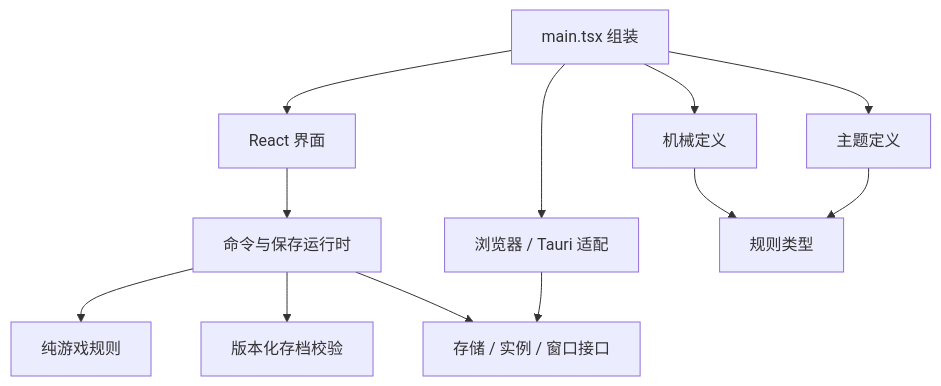
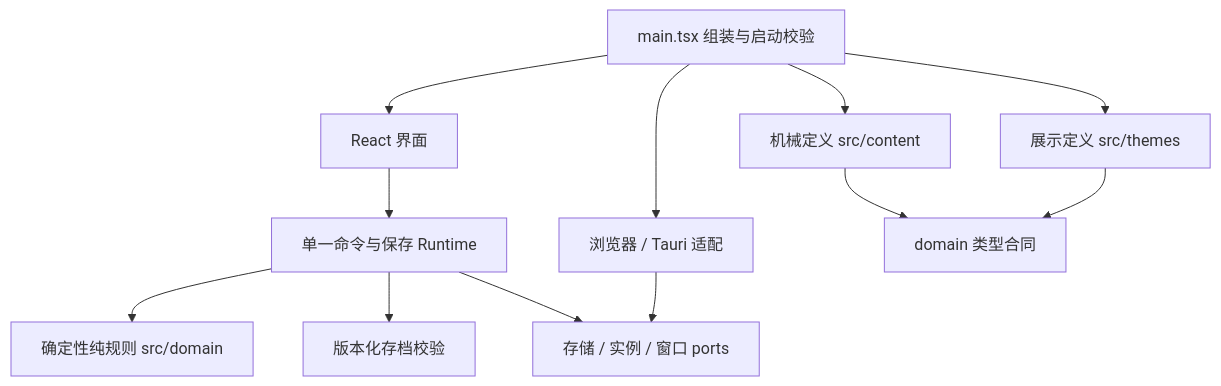
One commit to xuxiaoyu233/game changed the first of 2 diagrams in docs/架构说明.md. Above: the diagram before and after it, drawn with Mermaid. The commit also changed other lines of this file and 16 other files, not shown here.

````diff
--- a/docs/架构说明.md
+++ b/docs/架构说明.md
@@ -3,14 +7,14 @@
 ```mermaid
 flowchart TD
-  Entry[main.tsx 组装] --> App[React 界面]
-  Entry --> Content[机械定义]
-  Entry --> Theme[主题定义]
+  Entry[main.tsx 组装与启动校验] --> App[React 界面]
+  Entry --> Content[机械定义 src/content]
+  Entry --> Theme[展示定义 src/themes]
   Entry --> Platform[浏览器 / Tauri 适配]
-  App --> Runtime[命令与保存运行时]
-  Runtime --> Domain[纯游戏规则]
+  App --> Runtime[单一命令与保存 Runtime]
+  Runtime --> Domain[确定性纯规则 src/domain]
   Runtime --> Codec[版本化存档校验]
-  Runtime --> Ports[存储 / 实例 / 窗口接口]
+  Runtime --> Ports[存储 / 实例 / 窗口 ports]
   Platform --> Ports
-  Content --> Types[规则类型]
+  Content --> Types[domain 类型合同]
   Theme --> Types
 ```
````
